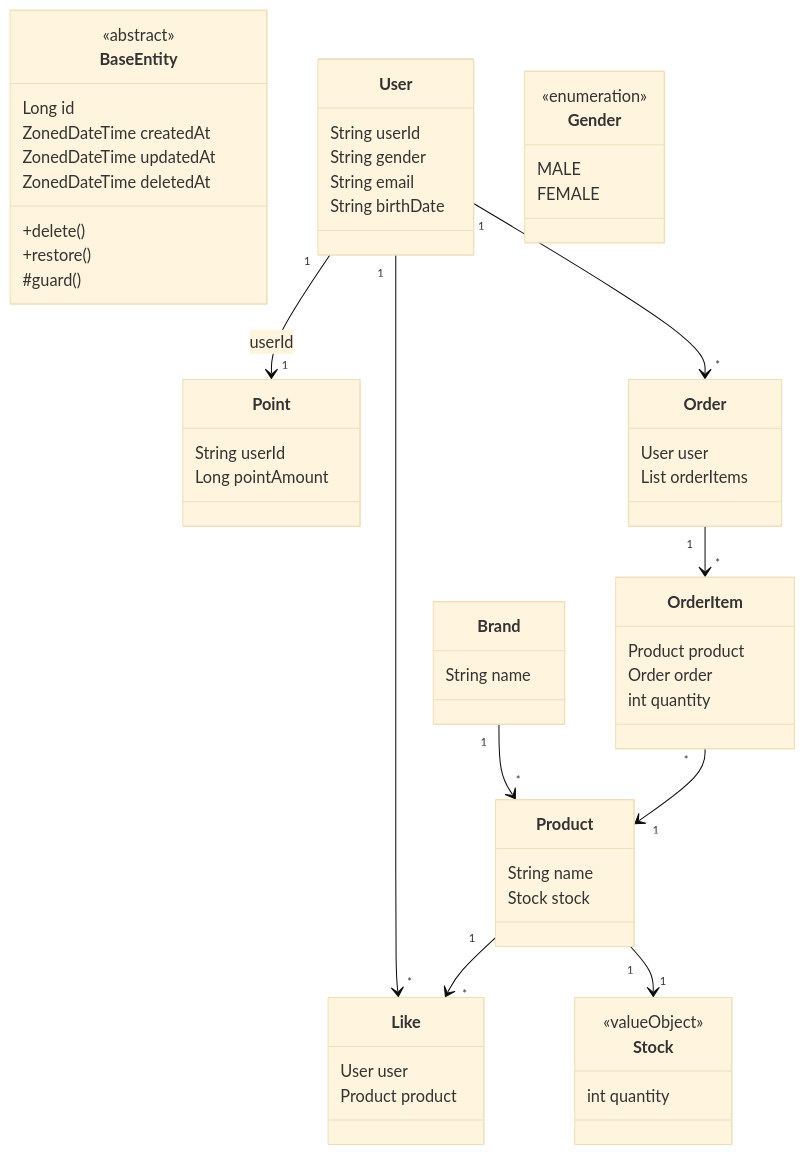
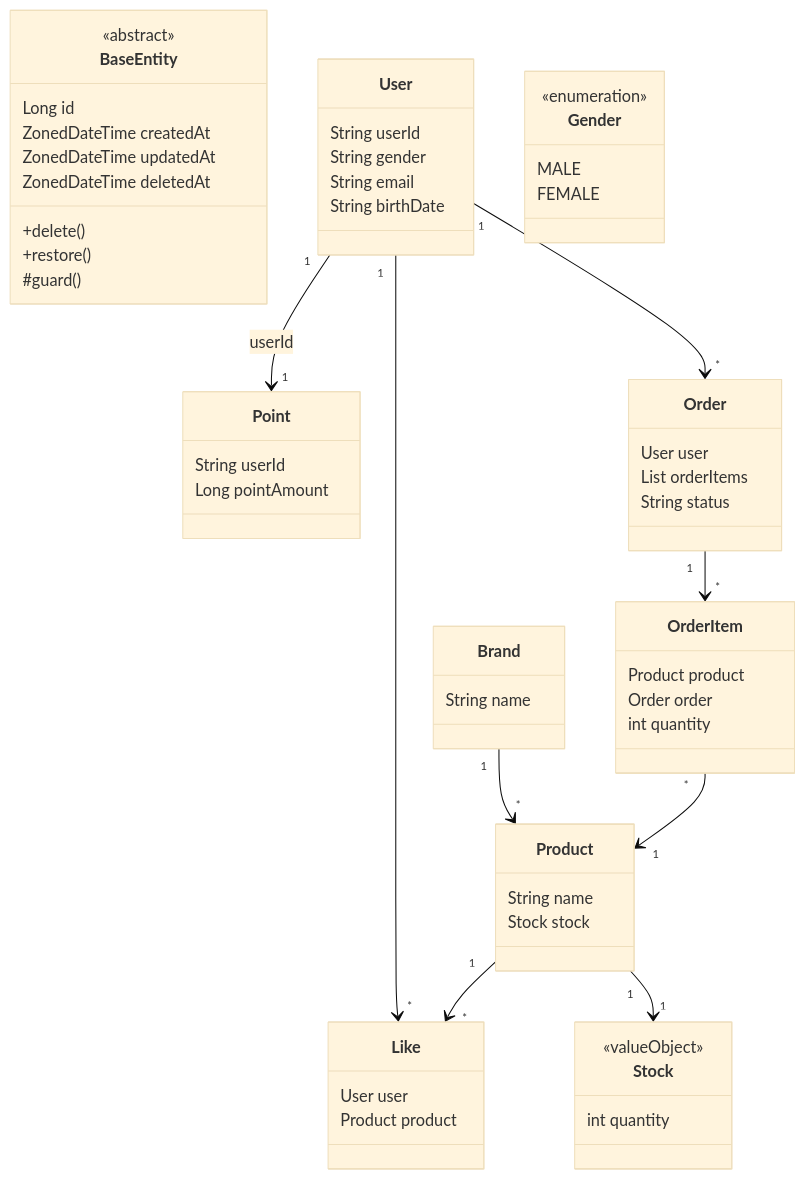
The diagram in docs/week2/03-class-diagram.md (Loopers-dev-lab/loopers-spring-java-template), drawn with Mermaid (base theme) before and after one commit. The commit also changed other lines of this file, not shown here.

Commit message:
refactor: Order.status 추가

````diff
--- a/docs/week2/03-class-diagram.md
+++ b/docs/week2/03-class-diagram.md
@@ -6,72 +6,73 @@
 ```mermaid
 classDiagram
 direction TB
     class BaseEntity {
 	    Long id
 	    ZonedDateTime createdAt
 	    ZonedDateTime updatedAt
 	    ZonedDateTime deletedAt
 	    +delete()
 	    +restore()
 	    #guard()
     }
 
     class User {
 	    String userId
 	    String gender
 	    String email
 	    String birthDate
     }
 
     class Point {
 	    String userId
 	    Long pointAmount
     }
 
     class Gender {
 	    MALE
 	    FEMALE
     }
 
     class Brand {
 	    String name
     }
 
     class Like {
 	    User user
 	    Product product
     }
 
     class Order {
 	    User user
 	    List orderItems
+		String status
     }
 
     class Product {
 	    String name
 	    Stock stock
     }
 
     class Stock {
 	    int quantity
     }
 
     class OrderItem {
 	    Product product
 	    Order order
 	    int quantity
     }
 
 	<<abstract>> BaseEntity
 	<<enumeration>> Gender
 	<<valueObject>> Stock
 
     User "1" --> "1" Point : userId
     User "1" --> "*" Like
     User "1" --> "*" Order
     Brand "1" --> "*" Product
     Product "1" --> "*" Like
     Order "1" --> "*" OrderItem
     OrderItem "*" --> "1" Product
     Product "1" --> "1" Stock
 ```
````
